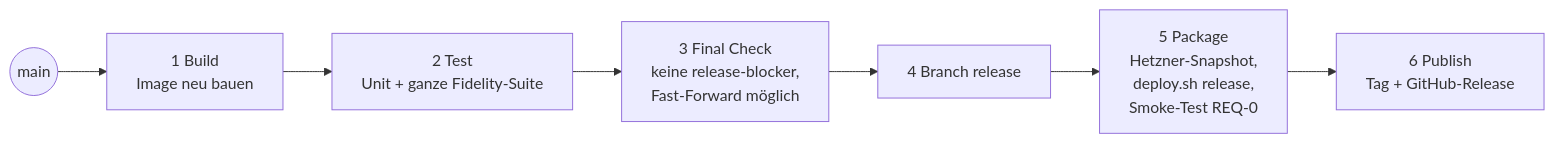
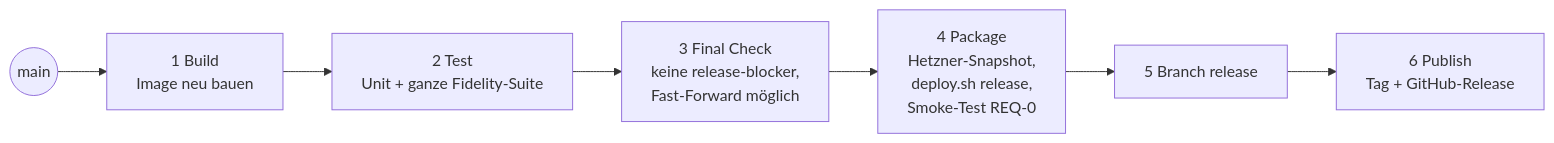
Before and after one commit to MarvinJakob/KIPerspektiven: the second of 2 diagrams in ARCHITECTURE.md, drawn with Mermaid. The commit also changed other lines of this file and 3 other files, not shown here.

Commit message:
ci: deploy main automatisch über das Release Gate (#12) (#14)

````diff
--- a/ARCHITECTURE.md
+++ b/ARCHITECTURE.md
@@ -213,9 +213,9 @@
 ```mermaid
 flowchart LR
     S((main)) --> B[1 Build<br/>Image neu bauen]
     B --> T[2 Test<br/>Unit + ganze Fidelity-Suite]
     T --> F[3 Final Check<br/>keine release-blocker,<br/>Fast-Forward möglich]
-    F --> R[4 Branch release]
-    R --> P[5 Package<br/>Hetzner-Snapshot,<br/>deploy.sh release,<br/>Smoke-Test REQ-0]
-    P --> X[6 Publish<br/>Tag + GitHub-Release]
+    F --> P[4 Package<br/>Hetzner-Snapshot,<br/>deploy.sh release,<br/>Smoke-Test REQ-0]
+    P --> R[5 Branch release]
+    R --> X[6 Publish<br/>Tag + GitHub-Release]
 ```
````
